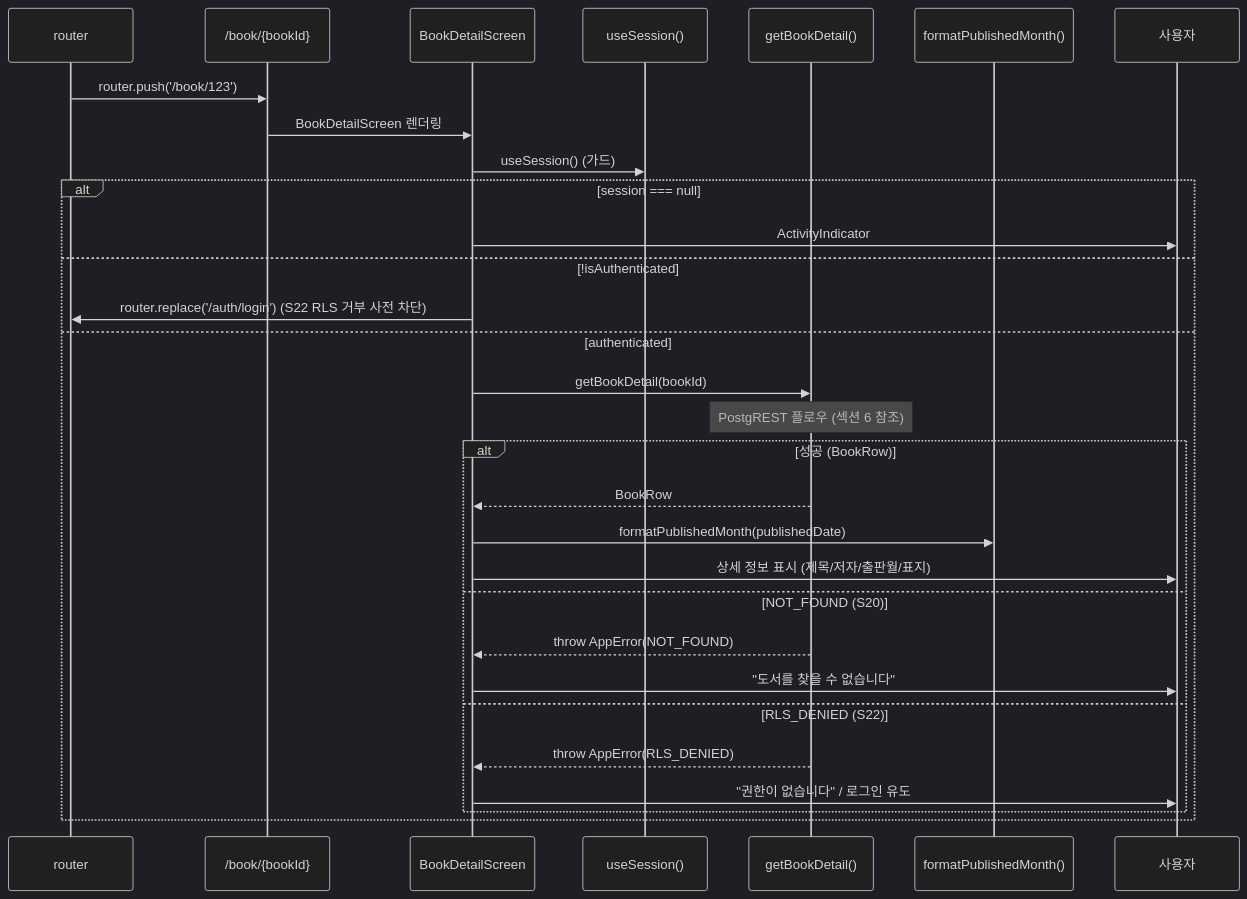
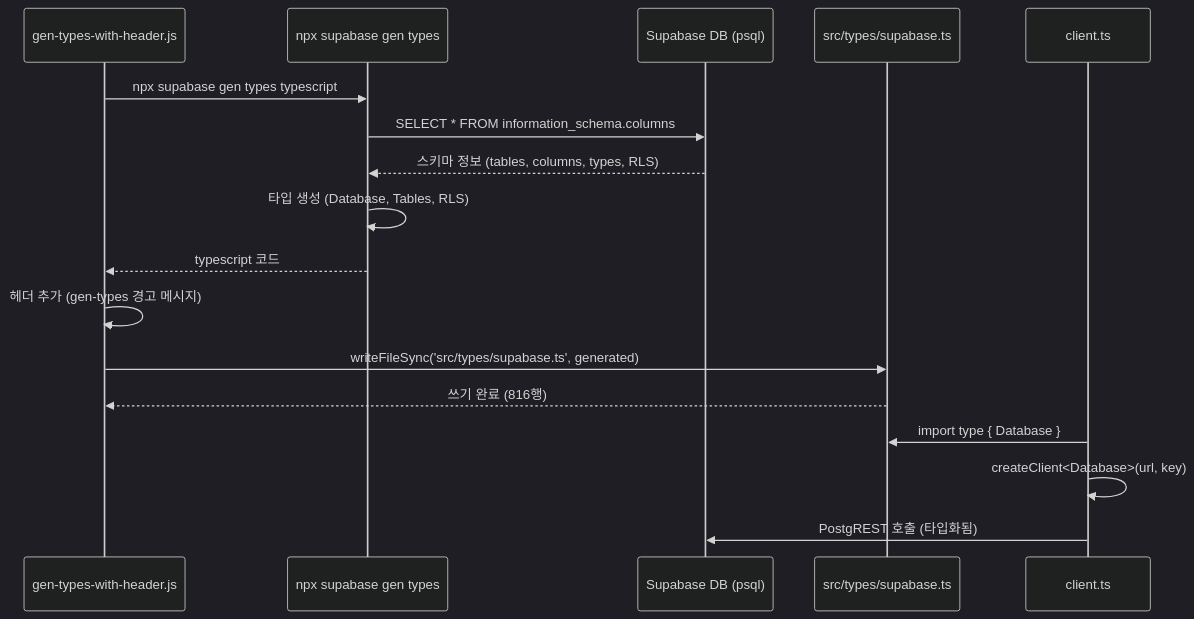
The eighth of 8 diagrams in .moai/project/codemaps/data-flow.md (ip9202/sagak), drawn with Mermaid (dark theme) before and after one commit. The commit also changed other lines of this file and 4 other files, not shown here.

````diff
--- a/.moai/project/codemaps/data-flow.md
+++ b/.moai/project/codemaps/data-flow.md
@@ -768,35 +533,22 @@
 ```mermaid
 sequenceDiagram
-    participant Nav as router
-    participant Route as /book/{bookId}
-    participant UI as BookDetailScreen
-    participant Session as useSession()
-    participant API as getBookDetail()
-    participant Format as formatPublishedMonth()
-    participant User as 사용자
+    participant Script as gen-types-with-header.js
+    participant CLI as npx supabase gen types
+    participant DB as Supabase DB (psql)
+    participant Types as src/types/supabase.ts
+    participant Client as client.ts
 
-    Nav->>Route: router.push('/book/123')
-    Route->>UI: BookDetailScreen 렌더링
-    UI->>Session: useSession() (가드)
-    
-    alt session === null
-        UI->>User: ActivityIndicator
-    else !isAuthenticated
-        UI->>Nav: router.replace('/auth/login') (S22 RLS 거부 사전 차단)
-    else authenticated
-        UI->>API: getBookDetail(bookId)
-        Note over API: PostgREST 플로우 (섹션 6 참조)
-        
-        alt 성공 (BookRow)
-            API-->>UI: BookRow
-            UI->>Format: formatPublishedMonth(publishedDate)
-            UI->>User: 상세 정보 표시 (제목/저자/출판월/표지)
-        else NOT_FOUND (S20)
-            API-->>UI: throw AppError(NOT_FOUND)
-            UI->>User: "도서를 찾을 수 없습니다"
-        else RLS_DENIED (S22)
-            API-->>UI: throw AppError(RLS_DENIED)
-            UI->>User: "권한이 없습니다" / 로그인 유도
-        end
-    end
+    Script->>CLI: npx supabase gen types typescript
+    CLI->>DB: SELECT * FROM information_schema.columns
+    DB-->>CLI: 스키마 정보 (tables, columns, types, RLS)
+    CLI->>CLI: 타입 생성 (Database, Tables, RLS)
+    CLI-->>Script: typescript 코드
+
+    Script->>Script: 헤더 추가 (gen-types 경고 메시지)
+    Script->>Types: writeFileSync('src/types/supabase.ts', generated)
+    Types-->>Script: 쓰기 완료 (816행)
+
+    Client->>Types: import type { Database }
+    Client->>Client: createClient<Database>(url, key)
+    Client->>DB: PostgREST 호출 (타입화됨)
 ```
````
